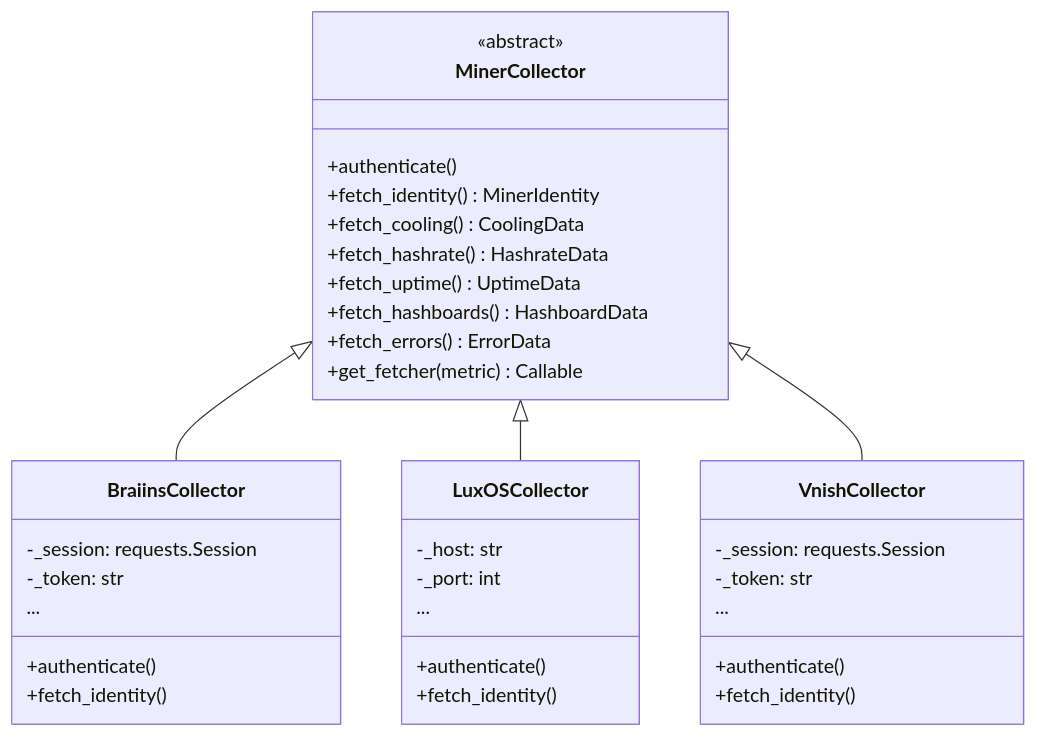
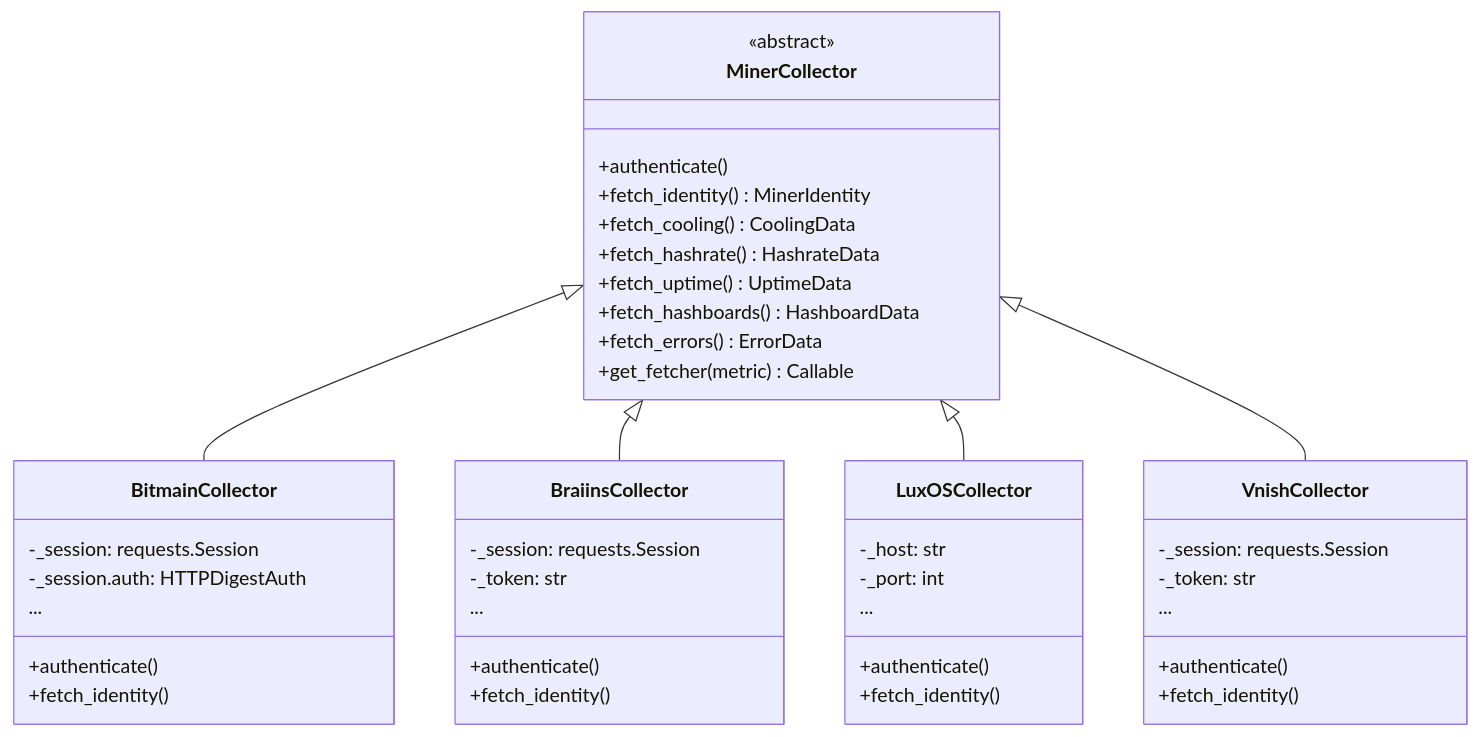
The second of 4 diagrams in docs/architecture.md (Wright-1/wright-telemetry), drawn with Mermaid before and after one commit. The commit also changed other lines of this file and 11 other files, not shown here.

````diff
--- a/docs/architecture.md
+++ b/docs/architecture.md
@@ -66,38 +67,46 @@
 ```mermaid
 classDiagram
     class MinerCollector {
         <<abstract>>
         +authenticate()
         +fetch_identity() MinerIdentity
         +fetch_cooling() CoolingData
         +fetch_hashrate() HashrateData
         +fetch_uptime() UptimeData
         +fetch_hashboards() HashboardData
         +fetch_errors() ErrorData
         +get_fetcher(metric) Callable
     }
     class BraiinsCollector {
         -_session: requests.Session
         -_token: str
         +authenticate()
         +fetch_identity()
         ...
     }
     class LuxOSCollector {
         -_host: str
         -_port: int
         +authenticate()
         +fetch_identity()
         ...
     }
     class VnishCollector {
         -_session: requests.Session
         -_token: str
         +authenticate()
         +fetch_identity()
         ...
     }
+    class BitmainCollector {
+        -_session: requests.Session
+        -_session.auth: HTTPDigestAuth
+        +authenticate()
+        +fetch_identity()
+        ...
+    }
+    MinerCollector <|-- BitmainCollector
     MinerCollector <|-- BraiinsCollector
     MinerCollector <|-- LuxOSCollector
     MinerCollector <|-- VnishCollector
 ```
````
